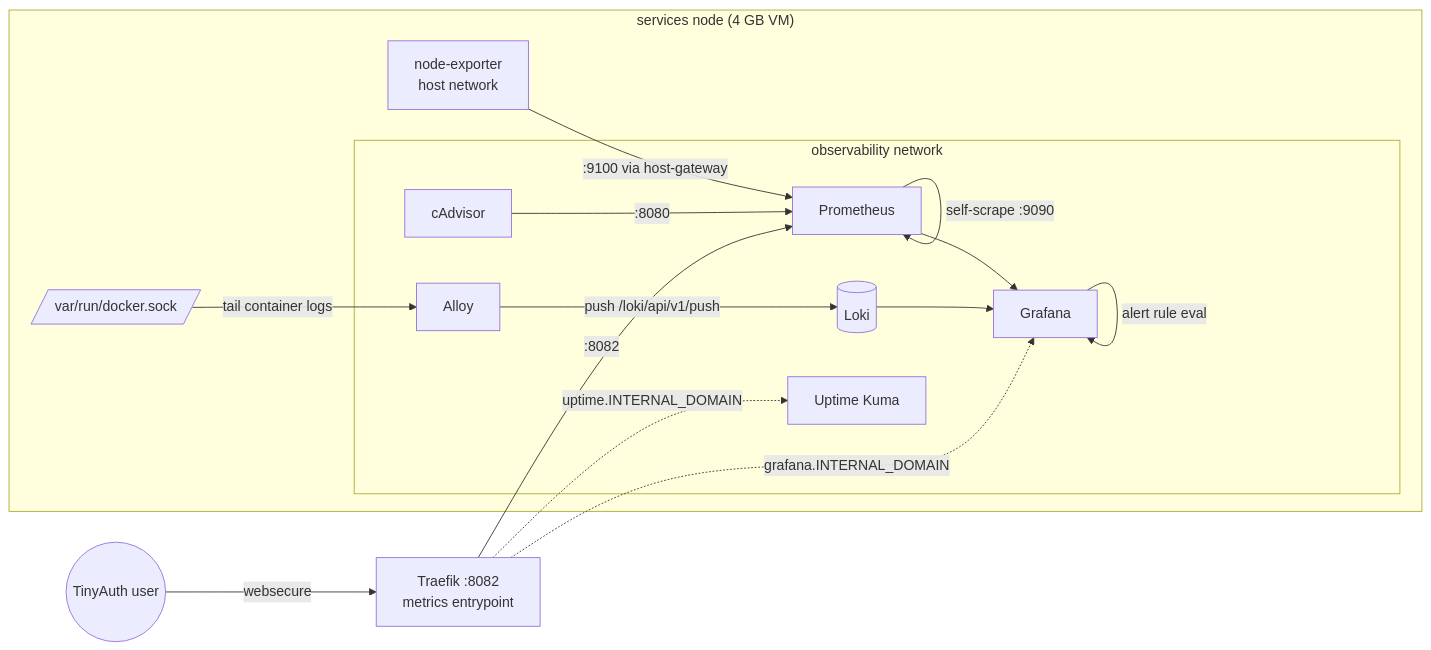
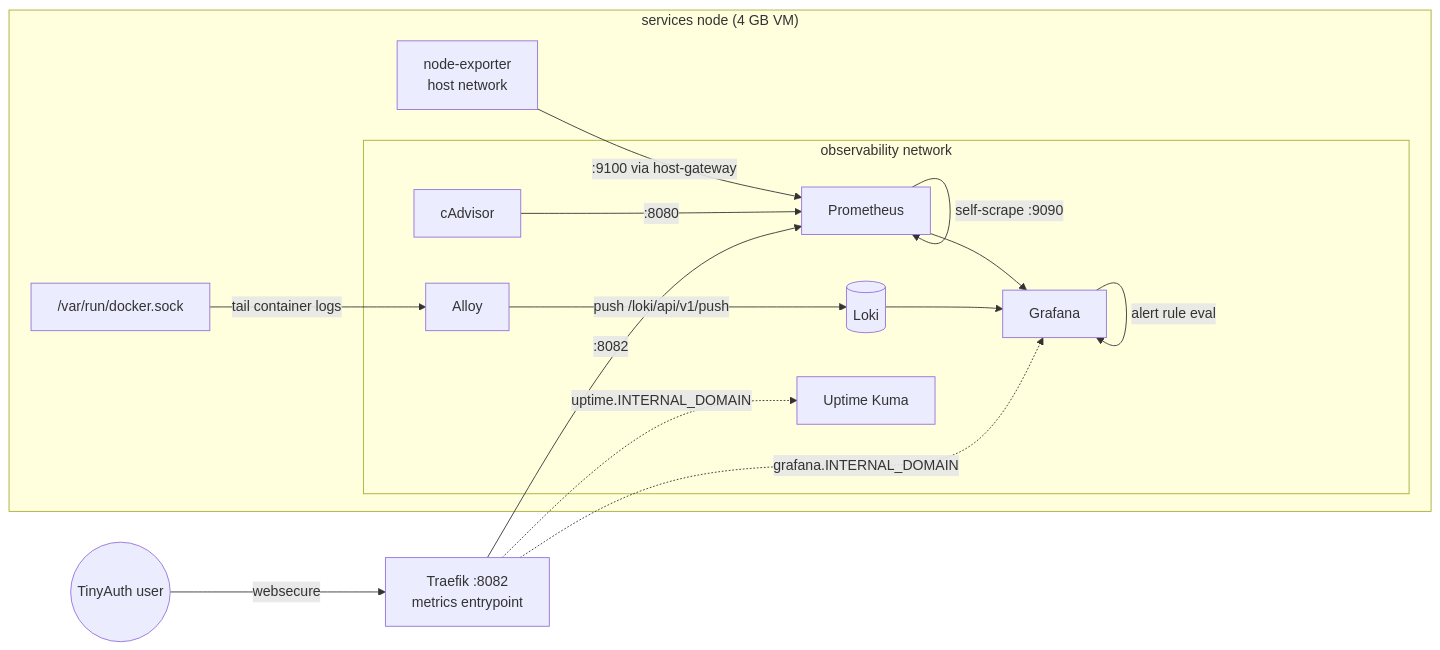
The first of 3 diagrams in docs/system/observability.md (v2e-sh/v2e-docs), drawn with Mermaid before and after one commit. The commit also changed other lines of this file and 3 other files, not shown here.

First line of the commit message:
docs: fix mermaid syntax error + correct app domain in specs (#16)

````diff
--- a/docs/system/observability.md
+++ b/docs/system/observability.md
@@ -39,32 +39,32 @@
 ```mermaid
 flowchart LR
   subgraph host["services node (4 GB VM)"]
     subgraph obsnet["observability network"]
       prom[Prometheus]
       graf[Grafana]
       loki[(Loki)]
       alloy[Alloy]
       cad[cAdvisor]
       kuma[Uptime Kuma]
     end
-    ne[node-exporter\nhost network]
-    dsock[/var/run/docker.sock/]
+    ne[node-exporter<br/>host network]
+    dsock["/var/run/docker.sock"]
   end
-  traefik[Traefik :8082\nmetrics entrypoint]
+  traefik[Traefik :8082<br/>metrics entrypoint]
 
   ne -->|:9100 via host-gateway| prom
   cad -->|:8080| prom
   traefik -->|:8082| prom
   prom -->|self-scrape :9090| prom
 
   dsock -->|tail container logs| alloy
   alloy -->|push /loki/api/v1/push| loki
 
   prom --> graf
   loki --> graf
   graf -->|alert rule eval| graf
 
   user((TinyAuth user)) -->|websecure| traefik
   traefik -.->|grafana.INTERNAL_DOMAIN| graf
   traefik -.->|uptime.INTERNAL_DOMAIN| kuma
 ```
````
